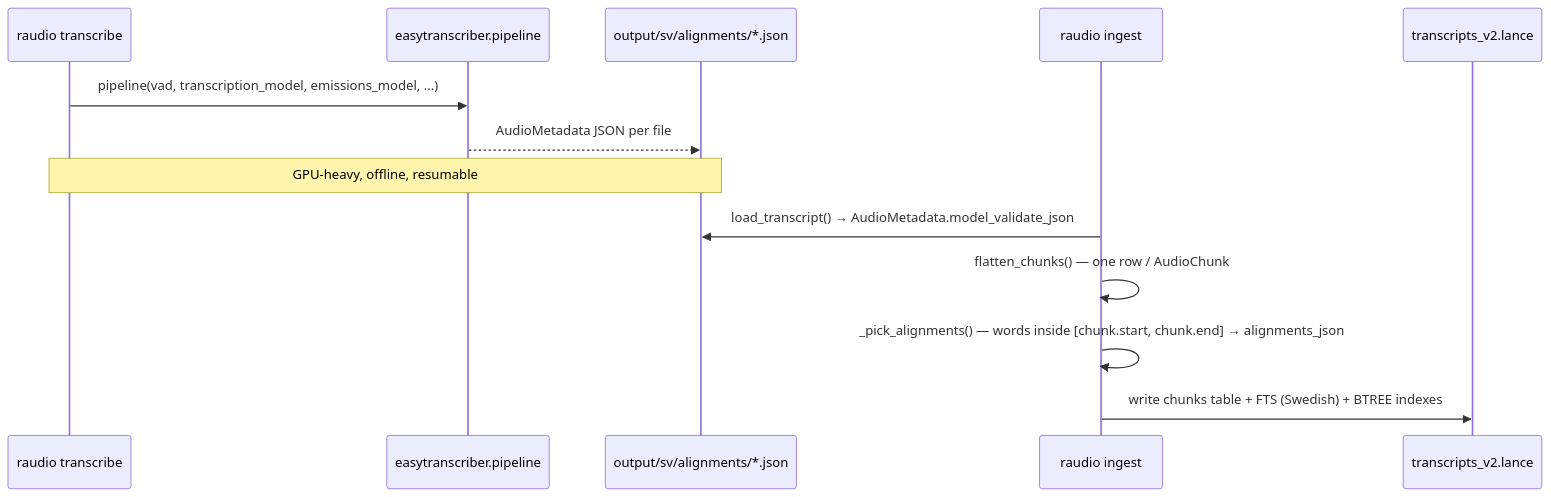
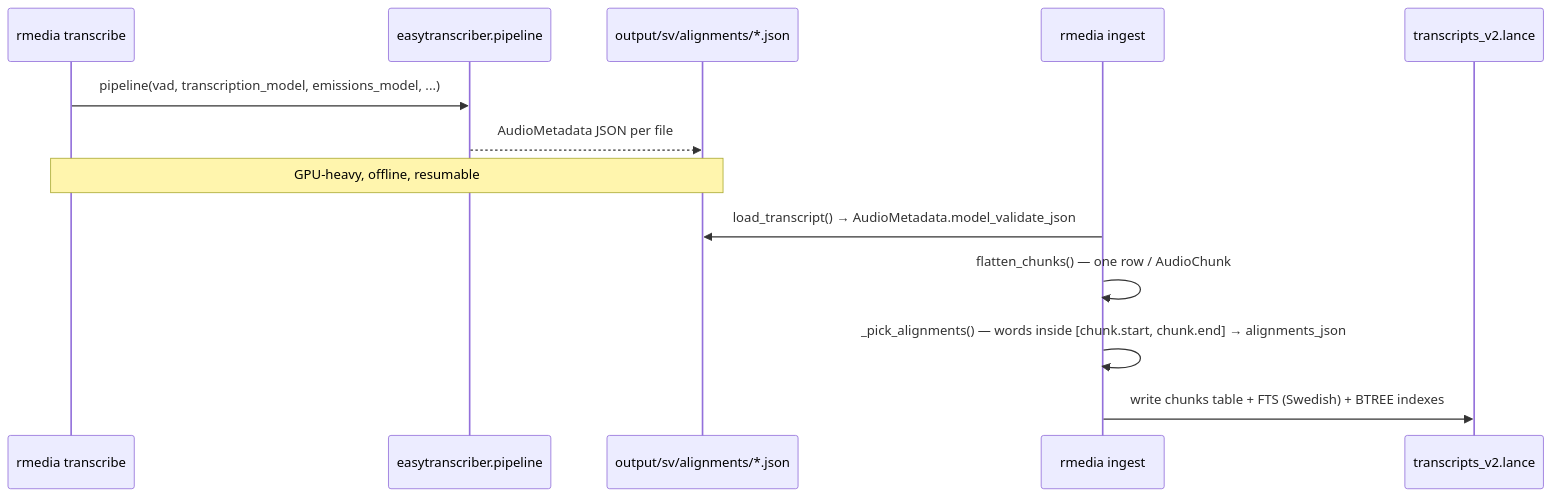
Before and after one commit to Borg93/lance-audio-demo: the fourth of 5 diagrams in docs/PIPELINE.md, drawn with Mermaid. The commit also changed other lines of this file and 16 other files, not shown here.

First line of the commit message:
docs(rename): raudio → rmedia/lance-media in docs (Stage E) — buckets + history preserved

````diff
--- a/docs/PIPELINE.md
+++ b/docs/PIPELINE.md
@@ -327,16 +327,16 @@
 ```mermaid
 sequenceDiagram
-    participant CLI as raudio transcribe
+    participant CLI as rmedia transcribe
     participant ET as easytranscriber.pipeline
     participant FS as output/sv/alignments/*.json
-    participant ING as raudio ingest
+    participant ING as rmedia ingest
     participant L as transcripts_v2.lance
 
     CLI->>ET: pipeline(vad, transcription_model, emissions_model, ...)
     ET-->>FS: AudioMetadata JSON per file
     Note over CLI,FS: GPU-heavy, offline, resumable
     ING->>FS: load_transcript() → AudioMetadata.model_validate_json
     ING->>ING: flatten_chunks() — one row / AudioChunk
     ING->>ING: _pick_alignments() — words inside [chunk.start, chunk.end] → alignments_json
     ING->>L: write chunks table + FTS (Swedish) + BTREE indexes
 ```
````
